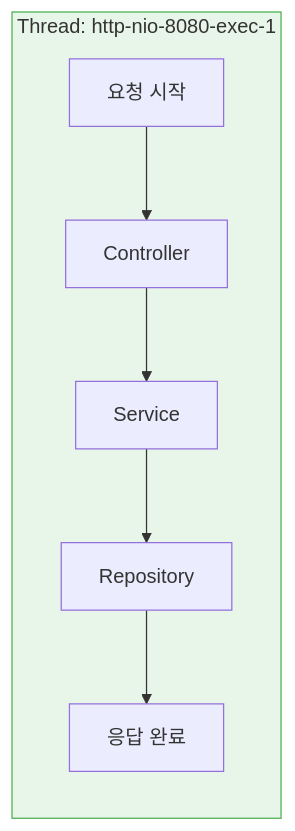
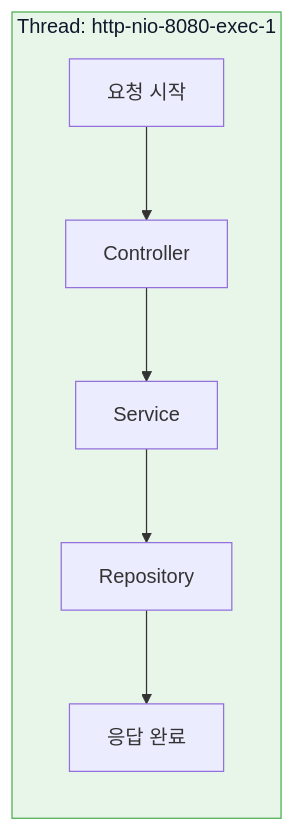
Before and after one commit to snowink1137/blog: the second of 6 diagrams in src/content/blog/tracing-2-threadlocal-mdc.md, drawn with Mermaid. The commit also changed other lines of this file and 17 other files, not shown here.

First line of the commit message:
mermaid 다크모드 대비 수정 — 파스텔 배경 노드의 글자색 명시

````diff
--- a/src/content/blog/tracing-2-threadlocal-mdc.md
+++ b/src/content/blog/tracing-2-threadlocal-mdc.md
@@ -210,11 +210,11 @@
 ```mermaid
 flowchart LR
     subgraph Thread["Thread: http-nio-8080-exec-1"]
         A[요청 시작] --> B[Controller]
         B --> C[Service]
         C --> D[Repository]
         D --> E[응답 완료]
     end
     
-    style Thread fill:#e8f5e9,stroke:#4caf50
+    style Thread fill:#e8f5e9,color:#0f172a,stroke:#4caf50
 ```
````
